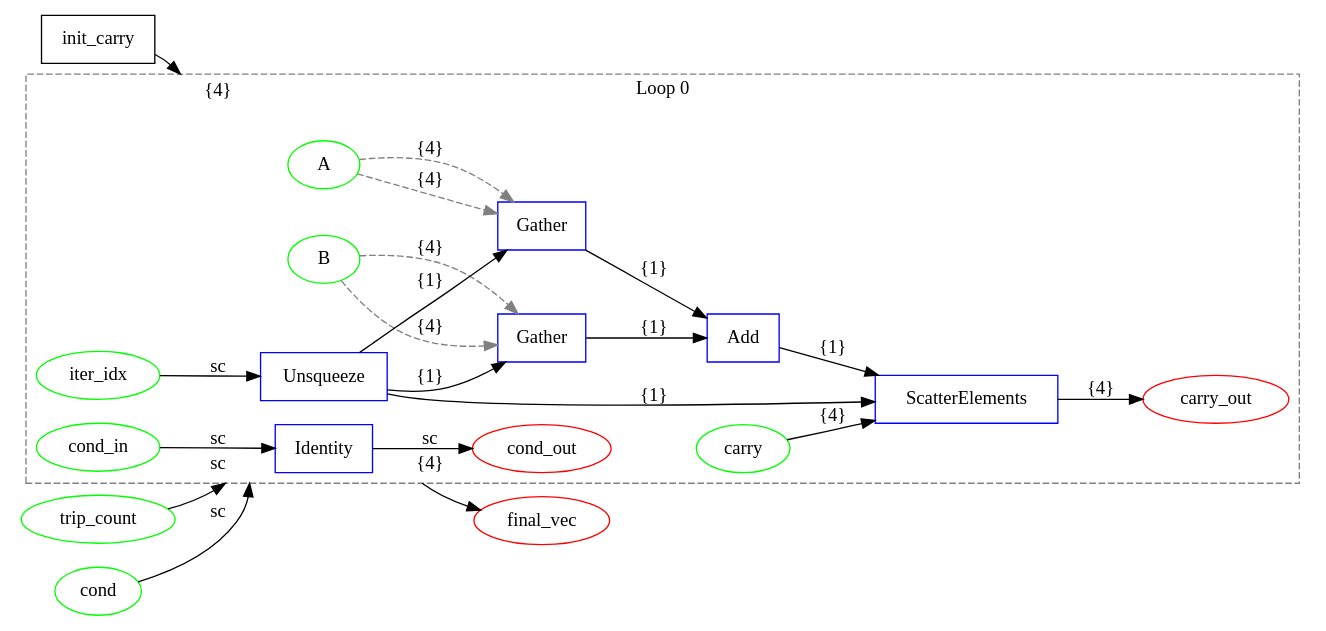
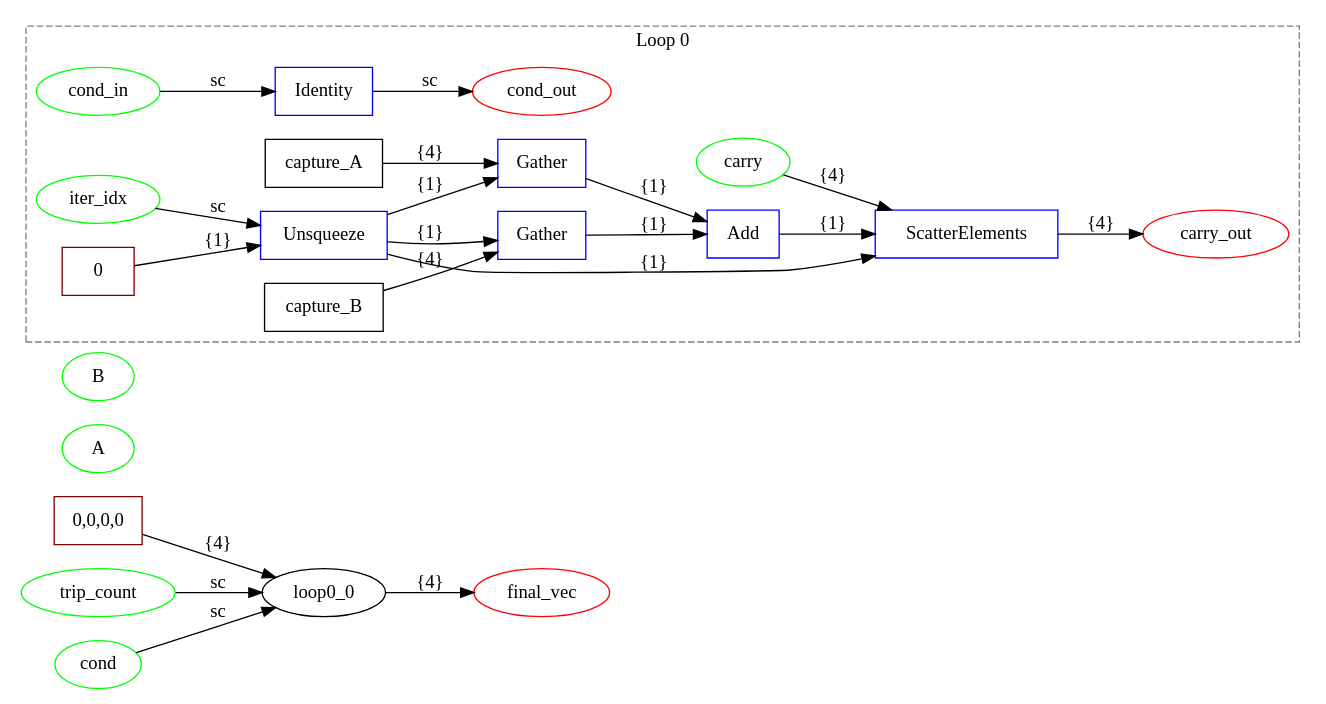
One commit to specs-feup/onnx-flow changed the diagram in examples/onnx/vector_add_decomposed.dot. Above: the diagram before and after it, drawn with Graphviz. The commit also changed 149 other files, not shown here.

```diff
--- a/examples/onnx/vector_add_decomposed.dot
+++ b/examples/onnx/vector_add_decomposed.dot
@@ -1,46 +1,48 @@
 digraph {
   graph [compound=true rankdir=LR];
-  init_carry [label=init_carry shape=box];
+  init_carry [label="0,0,0,0" shape=box color=maroon];
   trip_count [label=trip_count shape=ellipse color=lime];
   cond [label=cond shape=ellipse color=lime];
   A [label=A shape=ellipse color=lime];
   B [label=B shape=ellipse color=lime];
   final_vec [label=final_vec shape=ellipse color=red];
   subgraph cluster_loop_0 {
     graph [compound=true rankdir=LR];
     loop0_iter_idx [label=iter_idx shape=ellipse color=lime];
     loop0_cond_in [label=cond_in shape=ellipse color=lime];
     loop0_carry [label=carry shape=ellipse color=lime];
     loop0_cond_out [label=cond_out shape=ellipse color=red];
     loop0_carry_out [label=carry_out shape=ellipse color=red];
-    loop0_0 [label=Unsqueeze shape=box color=blue];
-    loop0_0 -> loop0_1 [label="{1}"];
-    loop0_0 -> loop0_2 [label="{1}"];
-    loop0_0 -> loop0_4 [label="{1}"];
-    loop0_1 [label=Gather shape=box color=blue];
-    A -> loop0_1 [label="{4}" style=dashed color=gray];
+    loop0_axes [label=0 shape=box color=maroon];
+    loop0_1 [label=Unsqueeze shape=box color=blue];
+    loop0_1 -> loop0_2 [label="{1}"];
     loop0_1 -> loop0_3 [label="{1}"];
+    loop0_1 -> loop0_5 [label="{1}"];
+    loop0_capture_A [label=capture_A shape=box];
     loop0_2 [label=Gather shape=box color=blue];
-    B -> loop0_2 [label="{4}" style=dashed color=gray];
-    loop0_2 -> loop0_3 [label="{1}"];
-    loop0_3 [label=Add shape=box color=blue];
+    loop0_2 -> loop0_4 [label="{1}"];
+    loop0_capture_B [label=capture_B shape=box];
+    loop0_3 [label=Gather shape=box color=blue];
     loop0_3 -> loop0_4 [label="{1}"];
-    loop0_4 [label=ScatterElements shape=box color=blue];
-    loop0_5 [label=Identity shape=box color=blue];
-    loop0_iter_idx -> loop0_0 [label=sc];
-    loop0_4 -> loop0_carry_out [label="{4}"];
-    loop0_carry -> loop0_4 [label="{4}"];
-    loop0_cond_in -> loop0_5 [label=sc];
-    loop0_5 -> loop0_cond_out [label=sc];
-    A -> loop0_1 [style=dashed color=gray label="{4}"];
-    B -> loop0_2 [style=dashed color=gray label="{4}"];
+    loop0_4 [label=Add shape=box color=blue];
+    loop0_4 -> loop0_5 [label="{1}"];
+    loop0_5 [label=ScatterElements shape=box color=blue];
+    loop0_6 [label=Identity shape=box color=blue];
+    loop0_iter_idx -> loop0_1 [label=sc];
+    loop0_axes -> loop0_1 [label="{1}"];
+    loop0_5 -> loop0_carry_out [label="{4}"];
+    loop0_capture_A -> loop0_2 [label="{4}"];
+    loop0_capture_B -> loop0_3 [label="{4}"];
+    loop0_carry -> loop0_5 [label="{4}"];
+    loop0_cond_in -> loop0_6 [label=sc];
+    loop0_6 -> loop0_cond_out [label=sc];
     graph [label="Loop 0"];
     graph [style=dashed];
     graph [color=gray];
   }
 
   trip_count -> loop0_0 [label=sc lhead=cluster_loop_0];
   cond -> loop0_0 [label=sc lhead=cluster_loop_0];
   init_carry -> loop0_0 [label="{4}" lhead=cluster_loop_0];
   loop0_0 -> final_vec [label="{4}" ltail=cluster_loop_0];
 }
```
